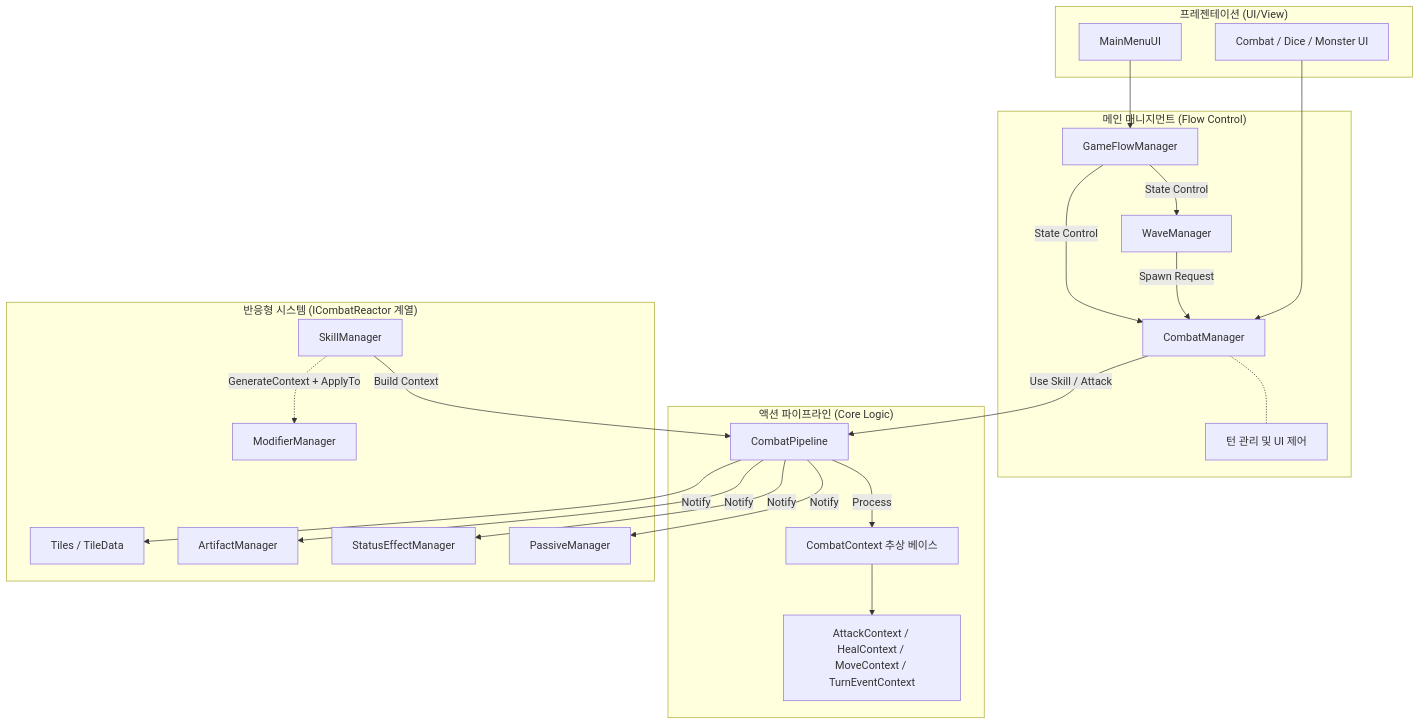
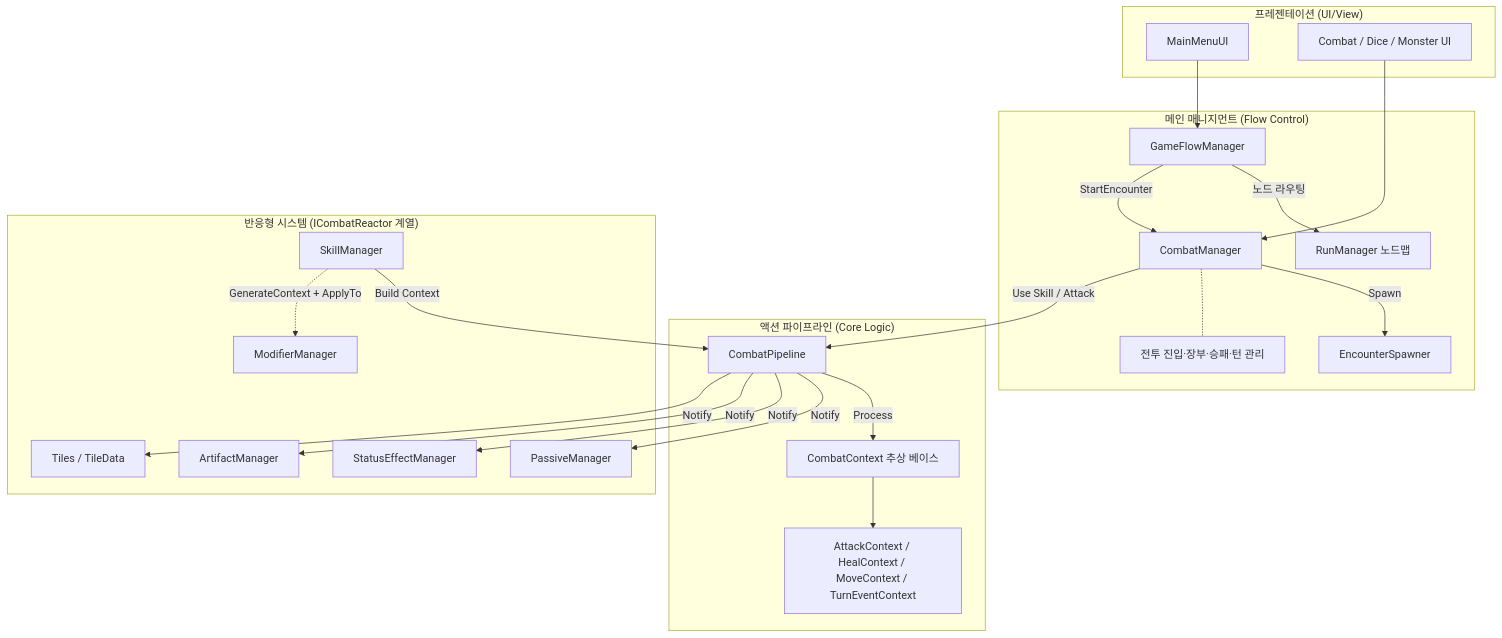
One commit to dfdfg42/Dice-Orbit changed the diagram in Docs/project_structure.md. Above: the diagram before and after it, drawn with Mermaid. The commit also changed other lines of this file and 4 other files, not shown here.

````diff
--- a/Docs/project_structure.md
+++ b/Docs/project_structure.md
@@ -65,59 +74,60 @@
 ```mermaid
 graph TD
     %% --- Layer Definitions ---
    subgraph Presentation["프레젠테이션 (UI/View)"]
         MainMenuUI
         CombatUI[Combat / Dice / Monster UI]
     end
 
     subgraph Management ["메인 매니지먼트 (Flow Control)"]
         GFM[GameFlowManager]
-        WM[WaveManager]
+        RM[RunManager 노드맵]
         CM[CombatManager]
-        NoteCM[턴 관리 및 UI 제어]
+        ES[EncounterSpawner]
+        NoteCM[전투 진입·장부·승패·턴 관리]
     end
 
     subgraph Pipeline ["액션 파이프라인 (Core Logic)"]
         ActionPipe[CombatPipeline]
         Context[CombatContext 추상 베이스]
         Sub[AttackContext / HealContext / MoveContext / TurnEventContext]
     end
 
     subgraph Reactors ["반응형 시스템 (ICombatReactor 계열)"]
         SysPassive[PassiveManager]
         SysStatus[StatusEffectManager]
         SysArtifact[ArtifactManager]
         SysTile[Tiles / TileData]
         SysMod[ModifierManager]
         SysSkill[SkillManager]
     end
 
     %% --- Connections ---
 
     %% Presentation -> Management
     MainMenuUI --> GFM
     CombatUI --> CM
 
     %% Management Internal
-    GFM -->|State Control| WM
-    GFM -->|State Control| CM
-    WM -->|Spawn Request| CM
+    GFM -->|노드 라우팅| RM
+    GFM -->|StartEncounter| CM
+    CM -->|Spawn| ES
     CM -.- NoteCM
 
     %% Manager -> Pipeline
     CM -->|Use Skill / Attack| ActionPipe
     SysSkill -->|Build Context| ActionPipe
 
     %% Pipeline Process
     ActionPipe -->|Process| Context
     Context --> Sub
 
     %% Pipeline -> Reactors (NotifyReactors)
     ActionPipe -->|Notify| SysPassive
     ActionPipe -->|Notify| SysStatus
     ActionPipe -->|Notify| SysArtifact
     ActionPipe -->|Notify| SysTile
 
     %% Skill prep uses Modifiers
     SysSkill -.->|GenerateContext + ApplyTo| SysMod
 ```
````
